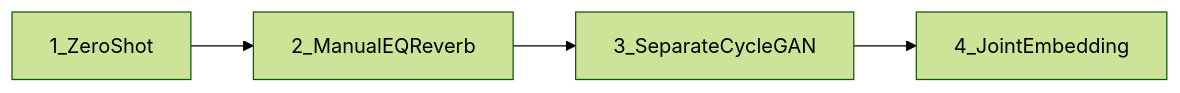
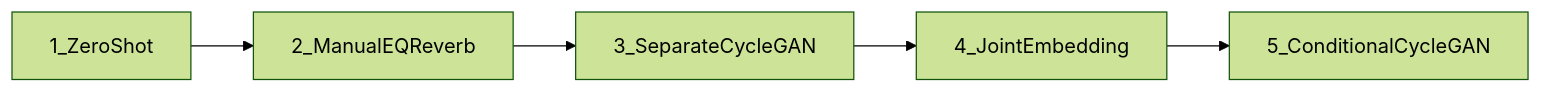
One commit to pnlong/BRAVE changed the diagram in docs/domain_adaptation_arc.md. Above: the diagram before and after it, drawn with Mermaid (forest theme). The commit also changed other lines of this file and 35 other files, not shown here.

First line of the commit message:
Add conditional CycleGAN for separate and joint Fader foundations.

````diff
--- a/docs/domain_adaptation_arc.md
+++ b/docs/domain_adaptation_arc.md
@@ -7,6 +7,7 @@
 ```mermaid
 flowchart LR
   zs[1_ZeroShot] --> manual[2_ManualEQReverb]
   manual --> separate[3_SeparateCycleGAN]
   separate --> joint[4_JointEmbedding]
+  joint --> cond[5_ConditionalCycleGAN]
 ```
````
